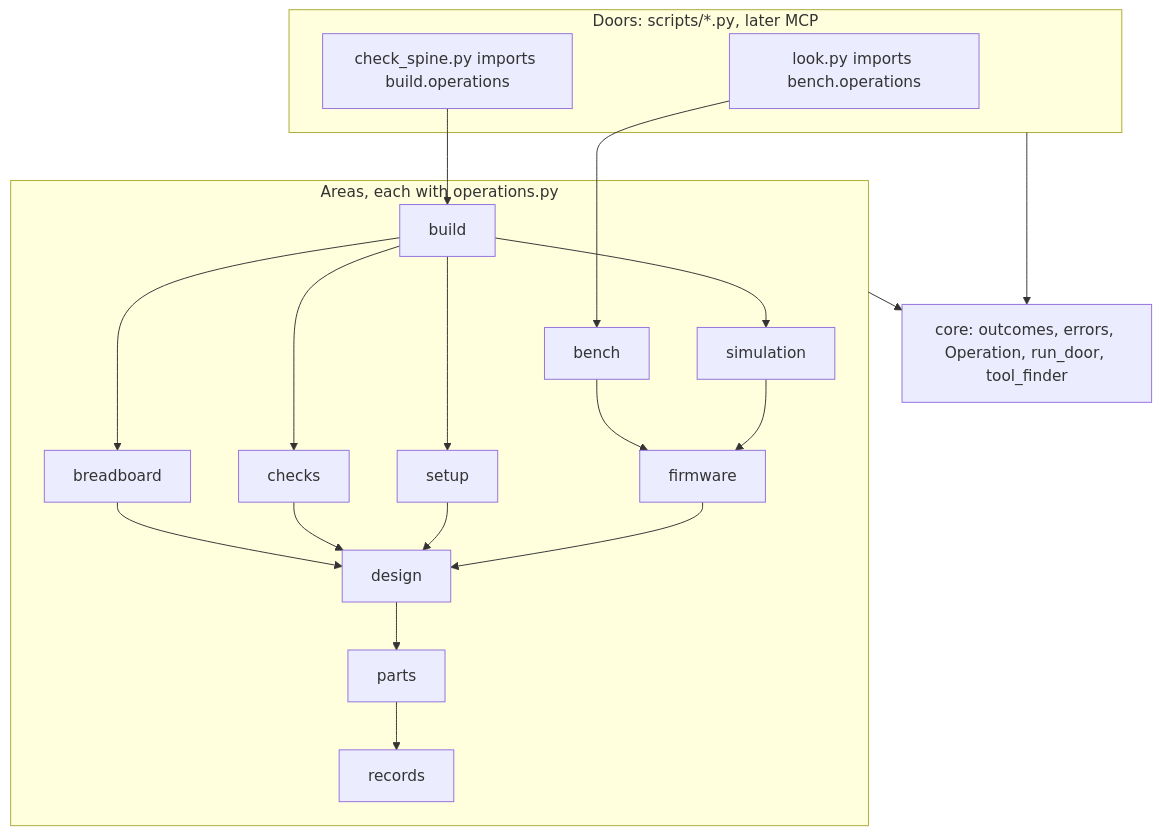
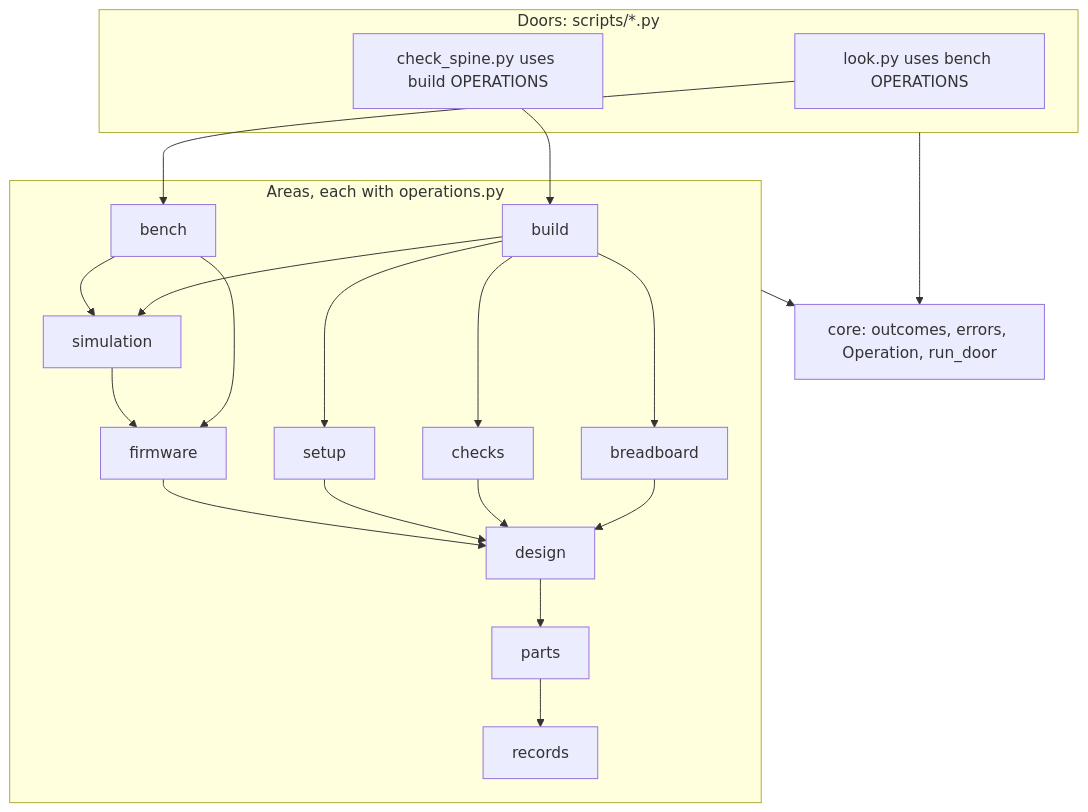
Before and after one commit to xmejkal/spark: the first of 3 diagrams in docs/discovery/2026-10-19-p323-target-architecture/design.md, drawn with Mermaid. The commit also changed other lines of this file and 4 other files, not shown here.

````diff
--- a/docs/discovery/2026-10-19-p323-target-architecture/design.md
+++ b/docs/discovery/2026-10-19-p323-target-architecture/design.md
@@ -76,26 +89,27 @@
 ```mermaid
 flowchart TB
-  subgraph Doors["Doors: scripts/*.py, later MCP"]
-    D1["look.py imports bench.operations"]
-    D2["check_spine.py imports build.operations"]
+  subgraph Doors["Doors: scripts/*.py"]
+    D1["look.py uses bench OPERATIONS"]
+    D2["check_spine.py uses build OPERATIONS"]
   end
   subgraph Areas["Areas, each with operations.py"]
     BUILD[build] --> BB[breadboard]
     BUILD --> SIM[simulation]
     BUILD --> CHK[checks]
     BUILD --> SETUP[setup]
-    BENCH[bench] --> FW[firmware]
+    BENCH[bench] --> SIM
+    BENCH --> FW[firmware]
     SIM --> FW
     BB --> DES[design]
     CHK --> DES
     SETUP --> DES
     FW --> DES
     DES --> PARTS[parts]
     PARTS --> REC[records]
   end
-  CORE["core: outcomes, errors, Operation, run_door, tool_finder"]
+  CORE["core: outcomes, errors, Operation, run_door"]
   D1 --> BENCH
   D2 --> BUILD
   Doors --> CORE
   Areas --> CORE
 ```
````
